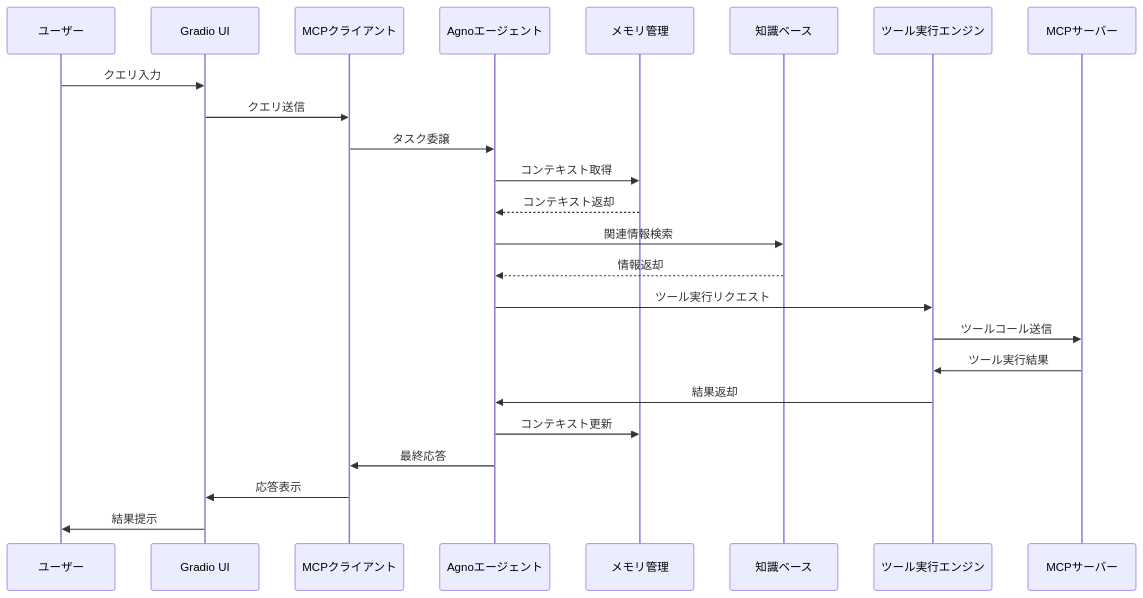
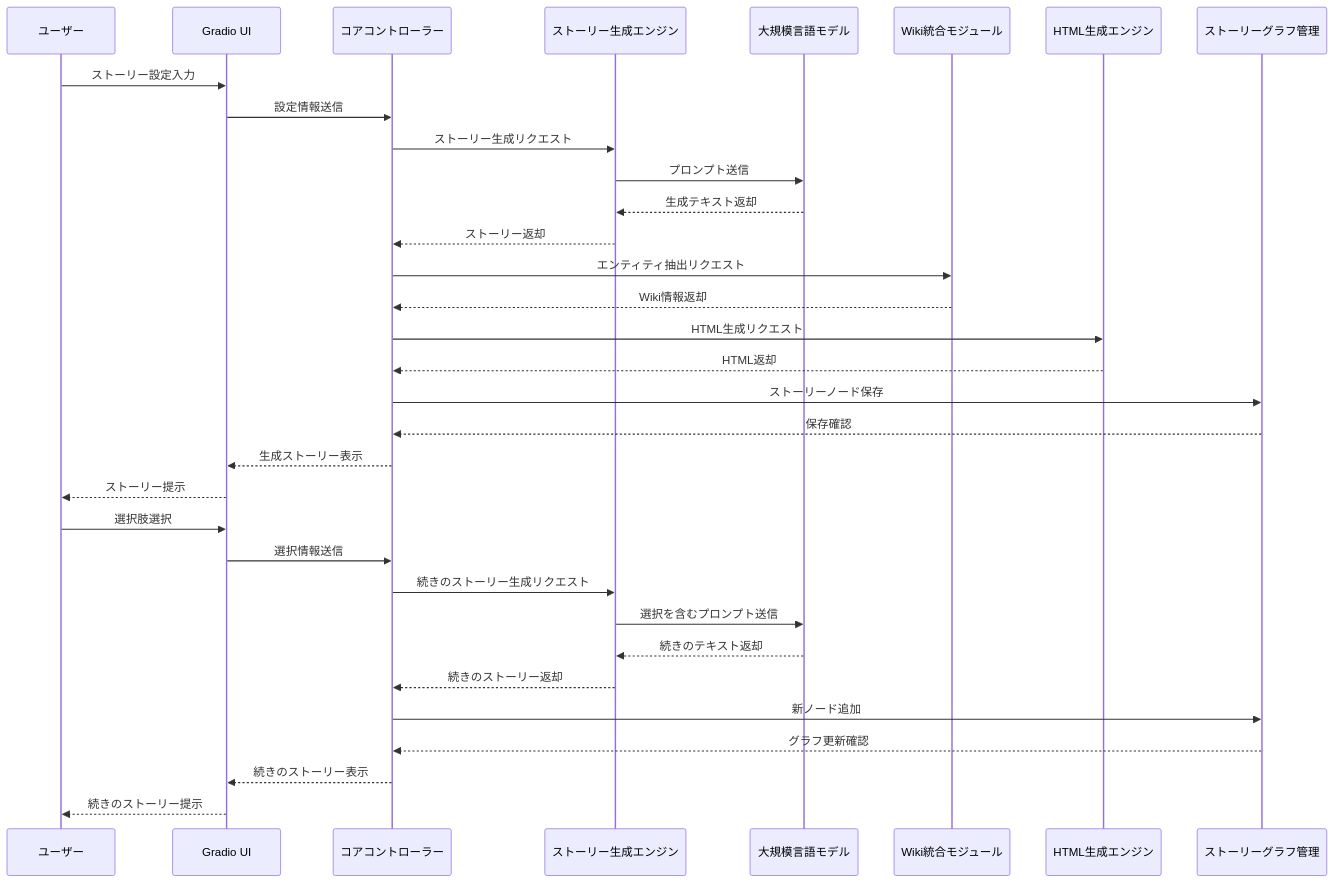
One commit to NewAITees/FableMaze changed the second of 7 diagrams in docs/ARCHITECTURE.md. Above: the diagram before and after it, drawn with Mermaid. The commit also changed other lines of this file and 6 other files, not shown here.

Commit message:
Rename project from Ollama MCP Client & Agent to FableMaze, updating documentation and structure to reflect new branding and functionality focused on interactive story generation. Remove obsolete visualizer module and adjust setup instructions for development environment.

````diff
--- a/docs/ARCHITECTURE.md
+++ b/docs/ARCHITECTURE.md
@@ -125,31 +95,45 @@
 ```mermaid
 sequenceDiagram
     participant User as ユーザー
     participant UI as Gradio UI
-    participant Client as MCPクライアント
-    participant Agent as Agnoエージェント
-    participant Memory as メモリ管理
-    participant Knowledge as 知識ベース
-    participant Tools as ツール実行エンジン
-    participant MCP as MCPサーバー
+    participant Controller as コアコントローラー
+    participant StoryEngine as ストーリー生成エンジン
+    participant LLM as 大規模言語モデル
+    participant WikiModule as Wiki統合モジュール
+    participant HTMLEngine as HTML生成エンジン
+    participant Graph as ストーリーグラフ管理
     
-    User->>UI: クエリ入力
-    UI->>Client: クエリ送信
-    Client->>Agent: タスク委譲
+    User->>UI: ストーリー設定入力
+    UI->>Controller: 設定情報送信
+    Controller->>StoryEngine: ストーリー生成リクエスト
     
-    Agent->>Memory: コンテキスト取得
-    Memory-->>Agent: コンテキスト返却
+    StoryEngine->>LLM: プロンプト送信
+    LLM-->>StoryEngine: 生成テキスト返却
     
-    Agent->>Knowledge: 関連情報検索
-    Knowledge-->>Agent: 情報返却
+    StoryEngine-->>Controller: ストーリー返却
+    Controller->>WikiModule: エンティティ抽出リクエスト
+    WikiModule-->>Controller: Wiki情報返却
     
-    Agent->>Tools: ツール実行リクエスト
-    Tools->>MCP: ツールコール送信
-    MCP->>Tools: ツール実行結果
-    Tools->>Agent: 結果返却
+    Controller->>HTMLEngine: HTML生成リクエスト
+    HTMLEngine-->>Controller: HTML返却
     
-    Agent->>Memory: コンテキスト更新
-    Agent->>Client: 最終応答
-    Client->>UI: 応答表示
-    UI->>User: 結果提示
+    Controller->>Graph: ストーリーノード保存
+    Graph-->>Controller: 保存確認
+    
+    Controller-->>UI: 生成ストーリー表示
+    UI-->>User: ストーリー提示
+    
+    User->>UI: 選択肢選択
+    UI->>Controller: 選択情報送信
+    Controller->>StoryEngine: 続きのストーリー生成リクエスト
+    
+    StoryEngine->>LLM: 選択を含むプロンプト送信
+    LLM-->>StoryEngine: 続きのテキスト返却
+    
+    StoryEngine-->>Controller: 続きのストーリー返却
+    Controller->>Graph: 新ノード追加
+    Graph-->>Controller: グラフ更新確認
+    
+    Controller-->>UI: 続きのストーリー表示
+    UI-->>User: 続きのストーリー提示
 ```
````
